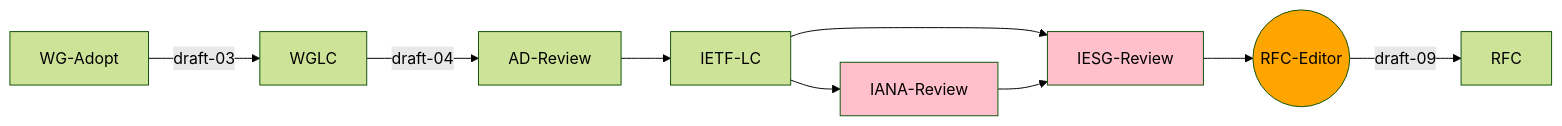
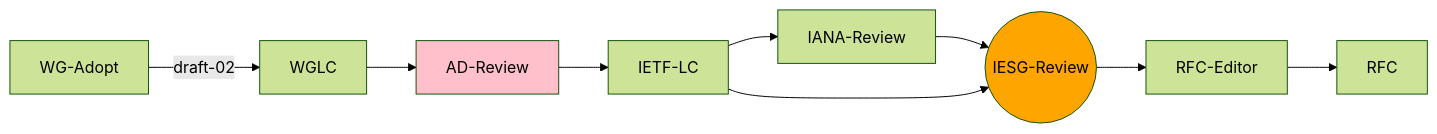
One commit to ietf-wg-httpapi/ietf-wg-httpapi.github.io changed the second of 12 diagrams in index.md. Above: the diagram before and after it, drawn with Mermaid (forest theme). The commit also changed other lines of this file, not shown here.

Commit message:
Updated diagrams

````diff
--- a/index.md
+++ b/index.md
@@ -41,17 +42,17 @@
 ```mermaid
 graph LR
     classDef current fill:orange
     classDef lastIETF fill:pink
 
-    WG-Adopt --draft-03--> WGLC
-    WGLC --draft-04--> AD-Review
+    WG-Adopt --draft-02--> WGLC
+    WGLC --> AD-Review
     AD-Review --> IETF-LC
+    IETF-LC --> IANA-Review
+    IANA-Review --> IESG-Review((IESG-Review))
     IETF-LC --> IESG-Review
-    IETF-LC --> IANA-Review
-    IANA-Review --> IESG-Review
-    IESG-Review --> RFC-Editor((RFC-Editor))
-    RFC-Editor --draft-09--> RFC
-    class IANA-Review lastIETF
-    class IESG-Review lastIETF
-    class RFC-Editor current
+    IESG-Review --> RFC-Editor
+    RFC-Editor --> RFC   
+
+    class IESG-Review current
+    class AD-Review lastIETF
 ```
````
